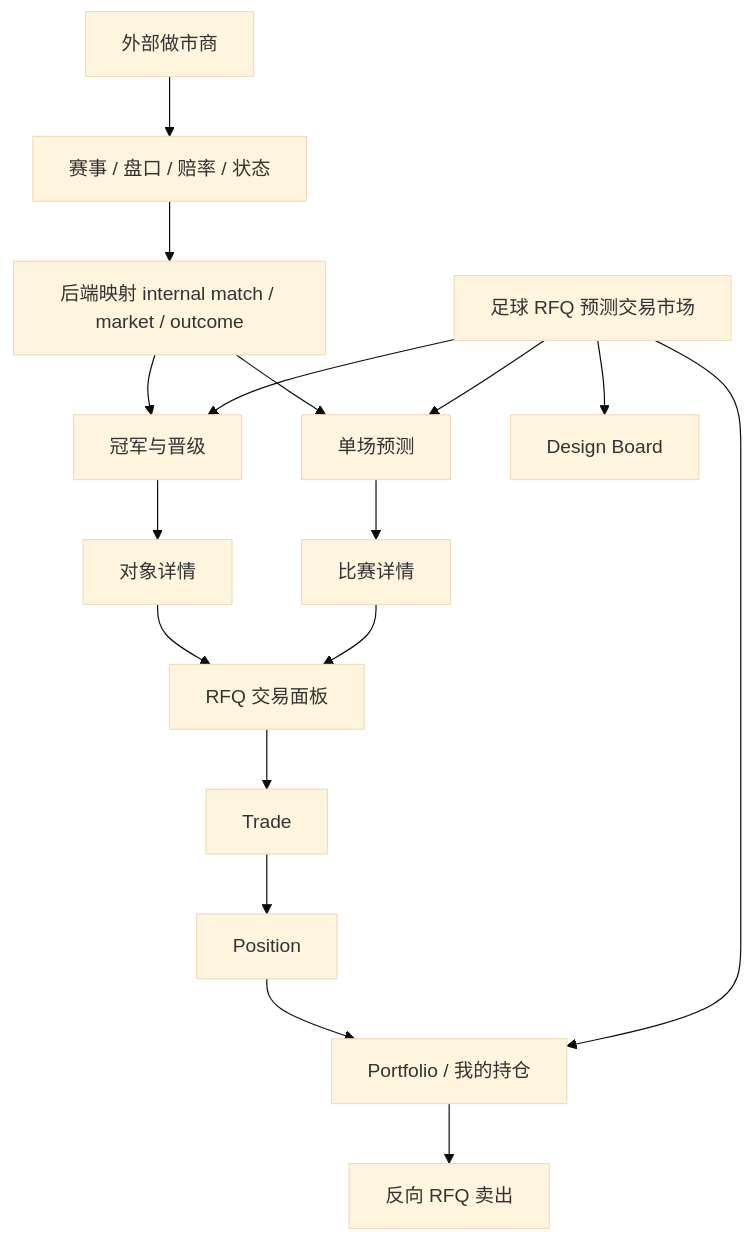
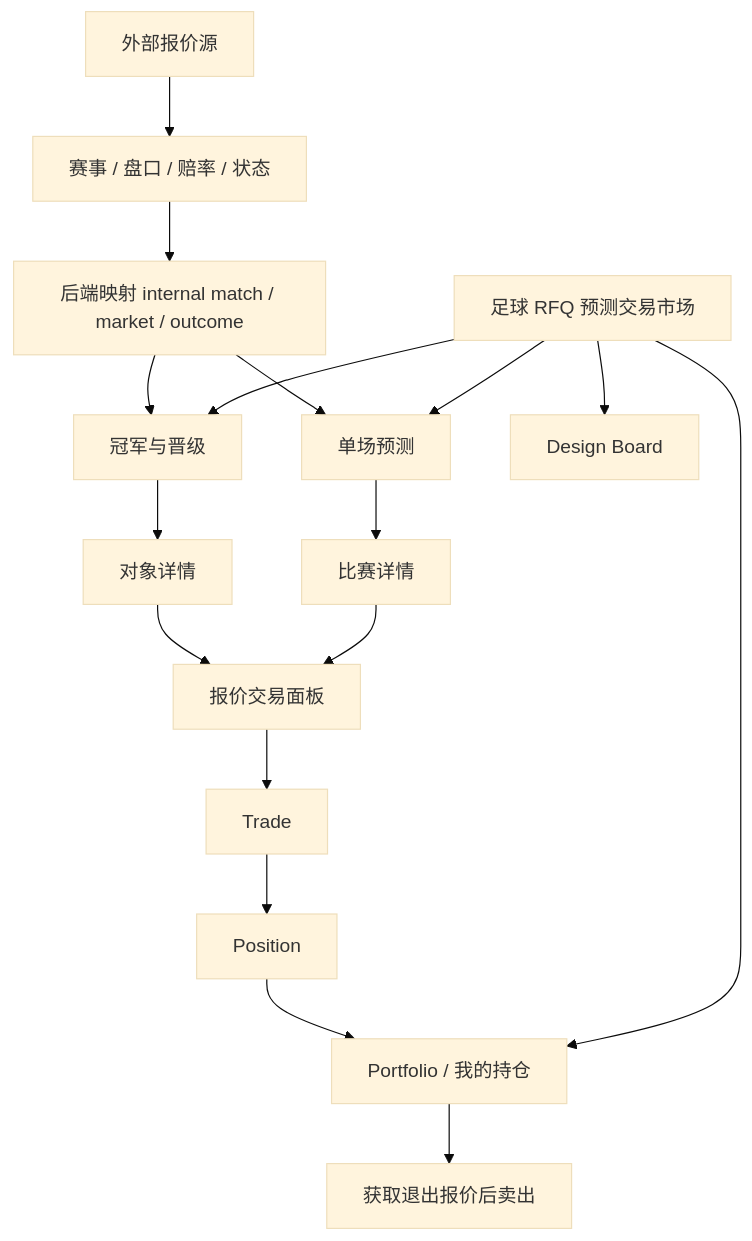
Before and after one commit to Errance/TurboFlow: the first of 6 diagrams in Stake足球盘口研究/04_正式产品文档/TurboFlow足球RFQ预测交易市场产品需求文档_v7.0.md, drawn with Mermaid (base theme). The commit also changed other lines of this file and 2 other files, not shown here.

Commit message:
docs(soccer): harden v7 RFQ feedback specs

````diff
--- a/Stake足球盘口研究/04_正式产品文档/TurboFlow足球RFQ预测交易市场产品需求文档_v7.0.md
+++ b/Stake足球盘口研究/04_正式产品文档/TurboFlow足球RFQ预测交易市场产品需求文档_v7.0.md
@@ -91,22 +91,22 @@
 ```mermaid
 flowchart TB
   soccer["足球 RFQ 预测交易市场"]
   soccer --> single["单场预测"]
   soccer --> futures["冠军与晋级"]
   soccer --> portfolio["Portfolio / 我的持仓"]
   soccer --> designBoard["Design Board"]
 
-  provider["外部做市商"] --> providerFeed["赛事 / 盘口 / 赔率 / 状态"]
+  provider["外部报价源"] --> providerFeed["赛事 / 盘口 / 赔率 / 状态"]
   providerFeed --> mapping["后端映射 internal match / market / outcome"]
   mapping --> single
   mapping --> futures
 
   single --> matchDetail["比赛详情"]
   futures --> futureDetail["对象详情"]
-  matchDetail --> rfqPanel["RFQ 交易面板"]
+  matchDetail --> rfqPanel["报价交易面板"]
   futureDetail --> rfqPanel
   rfqPanel --> trade["Trade"]
   trade --> position["Position"]
   position --> portfolio
-  portfolio --> sellQuote["反向 RFQ 卖出"]
+  portfolio --> sellQuote["获取退出报价后卖出"]
 ```
````
